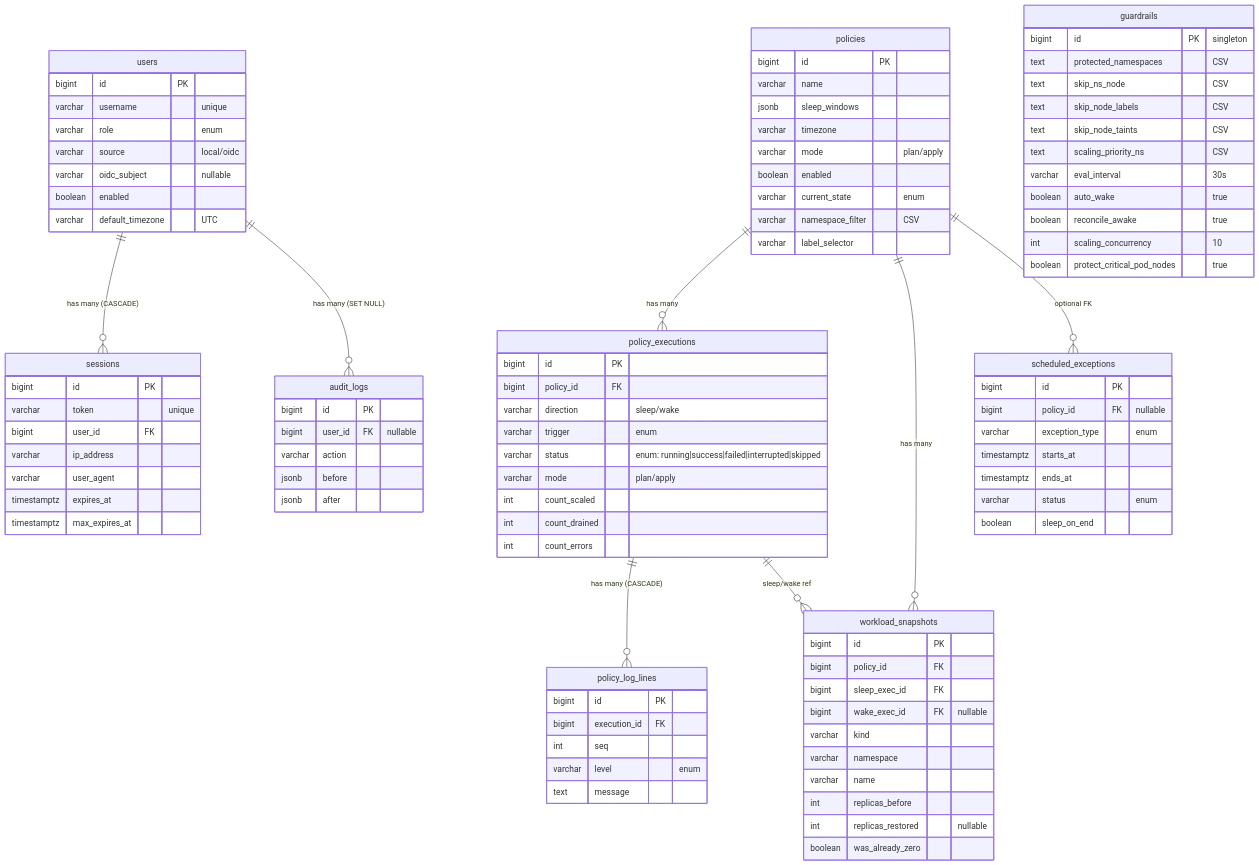
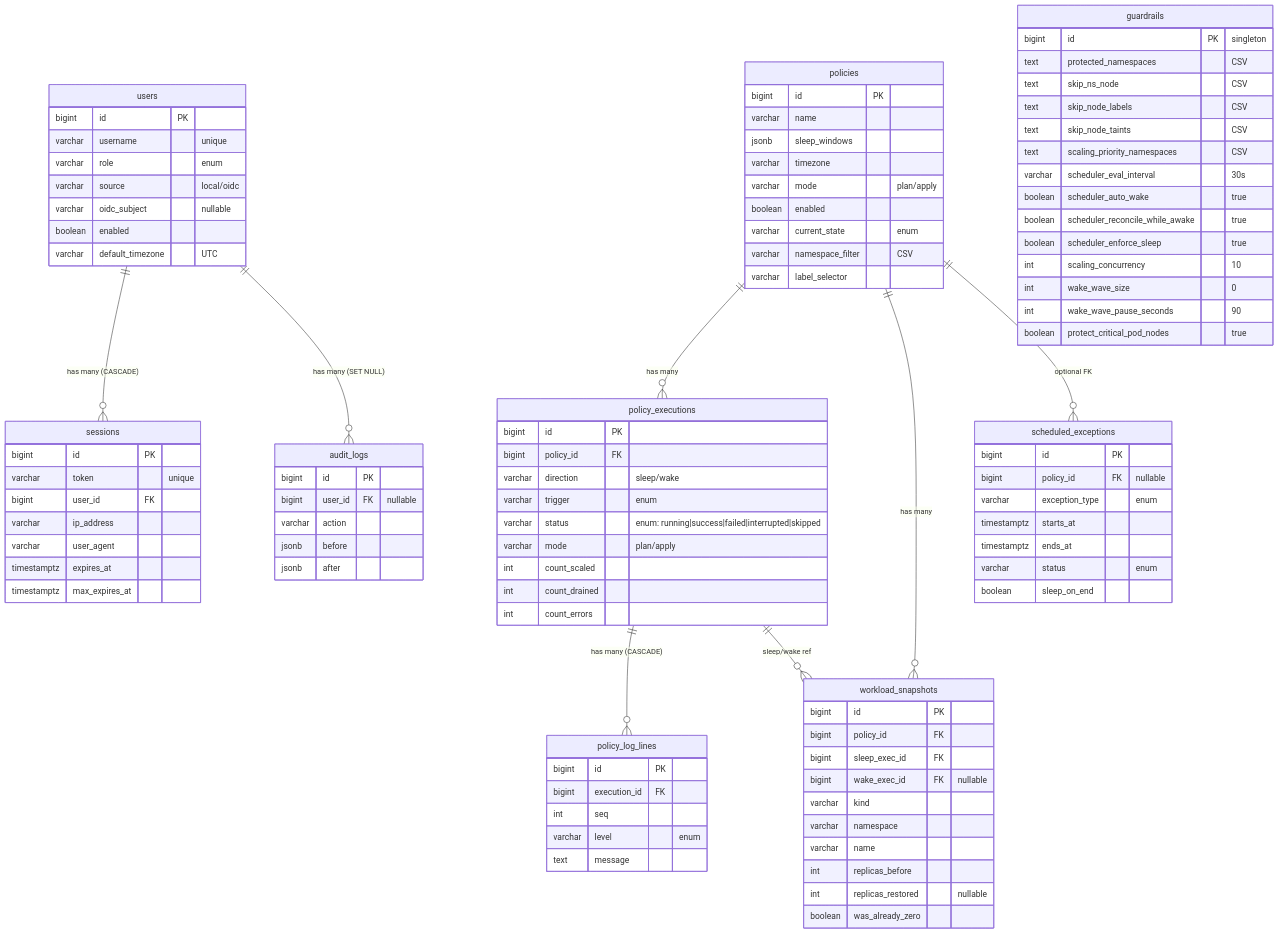
The second of 2 diagrams in ARCHITECTURE.md (MacXsimilian/kube-phoenix), drawn with Mermaid before and after one commit. The commit also changed other lines of this file and 7 other files, not shown here.

```diff
--- a/ARCHITECTURE.md
+++ b/ARCHITECTURE.md
@@ -282,11 +282,14 @@
         text skip_ns_node "CSV"
         text skip_node_labels "CSV"
         text skip_node_taints "CSV"
-        text scaling_priority_ns "CSV"
-        varchar eval_interval "30s"
-        boolean auto_wake "true"
-        boolean reconcile_awake "true"
+        text scaling_priority_namespaces "CSV"
+        varchar scheduler_eval_interval "30s"
+        boolean scheduler_auto_wake "true"
+        boolean scheduler_reconcile_while_awake "true"
+        boolean scheduler_enforce_sleep "true"
         int scaling_concurrency "10"
+        int wake_wave_size "0"
+        int wake_wave_pause_seconds "90"
         boolean protect_critical_pod_nodes "true"
     }
 
```
